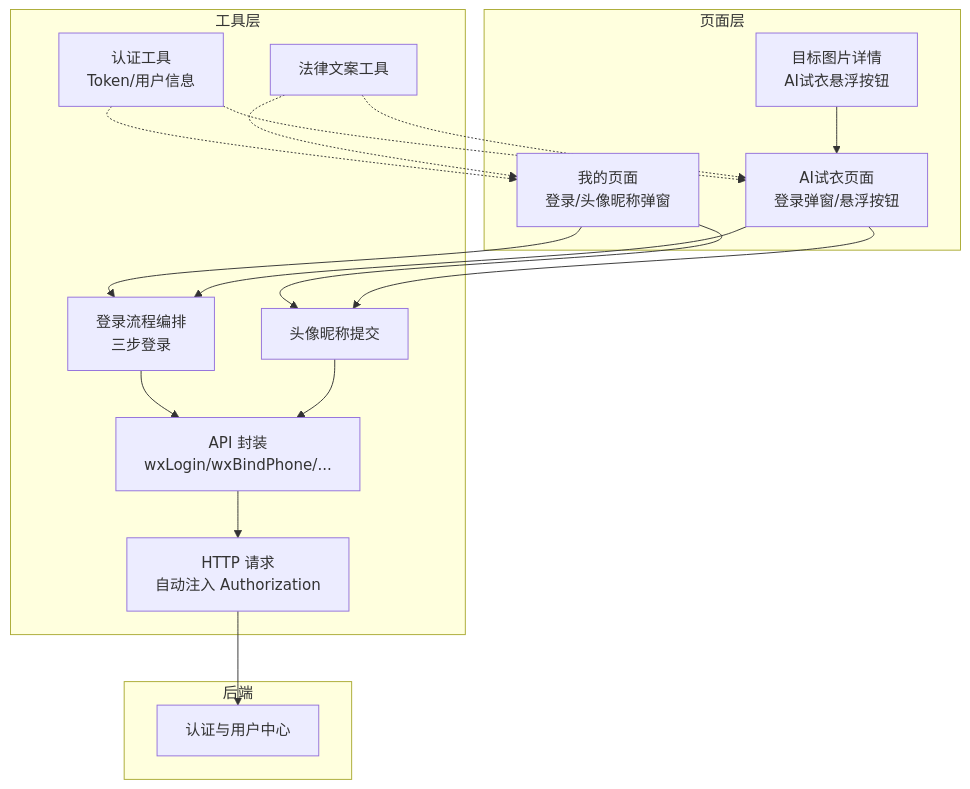
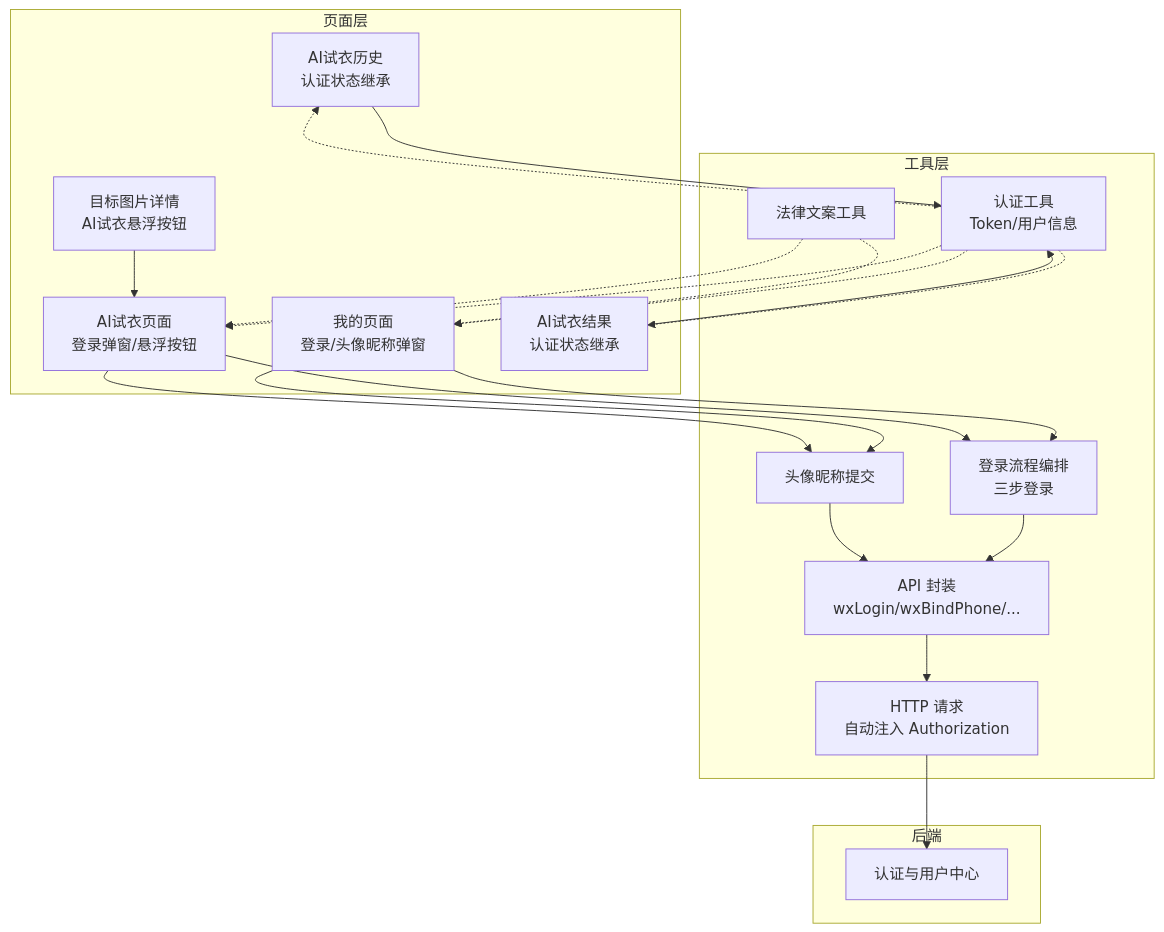
The second of 10 diagrams in .qoder/repowiki/zh/content/核心功能模块/用户认证系统.md (crazyma99/blueberry), drawn with Mermaid before and after one commit. The commit also changed other lines of this file and 4 other files, not shown here.

````diff
--- a/.qoder/repowiki/zh/content/核心功能模块/用户认证系统.md
+++ b/.qoder/repowiki/zh/content/核心功能模块/用户认证系统.md
@@ -128,32 +140,38 @@
 ```mermaid
 graph TB
 subgraph "页面层"
 Mine["我的页面<br/>登录/头像昵称弹窗"]
 AiTryOn["AI试衣页面<br/>登录弹窗/悬浮按钮"]
 TargetPhoto["目标图片详情<br/>AI试衣悬浮按钮"]
+AiTryOnHistory["AI试衣历史<br/>认证状态继承"]
+AiTryOnResult["AI试衣结果<br/>认证状态继承"]
 end
 subgraph "工具层"
 Auth["认证工具<br/>Token/用户信息"]
 LoginFlow["登录流程编排<br/>三步登录"]
 ProfileSubmit["头像昵称提交"]
 Api["API 封装<br/>wxLogin/wxBindPhone/..."]
 Http["HTTP 请求<br/>自动注入 Authorization"]
 Legal["法律文案工具"]
 end
 subgraph "后端"
 Backend["认证与用户中心"]
 end
 Mine --> LoginFlow
 Mine --> ProfileSubmit
 AiTryOn --> LoginFlow
 AiTryOn --> ProfileSubmit
 TargetPhoto --> AiTryOn
+AiTryOnHistory --> Auth
+AiTryOnResult --> Auth
 LoginFlow --> Api
 ProfileSubmit --> Api
 Api --> Http
 Http --> Backend
 Auth -.-> Mine
 Auth -.-> AiTryOn
+Auth -.-> AiTryOnHistory
+Auth -.-> AiTryOnResult
 Legal -.-> Mine
 Legal -.-> AiTryOn
 ```
````
